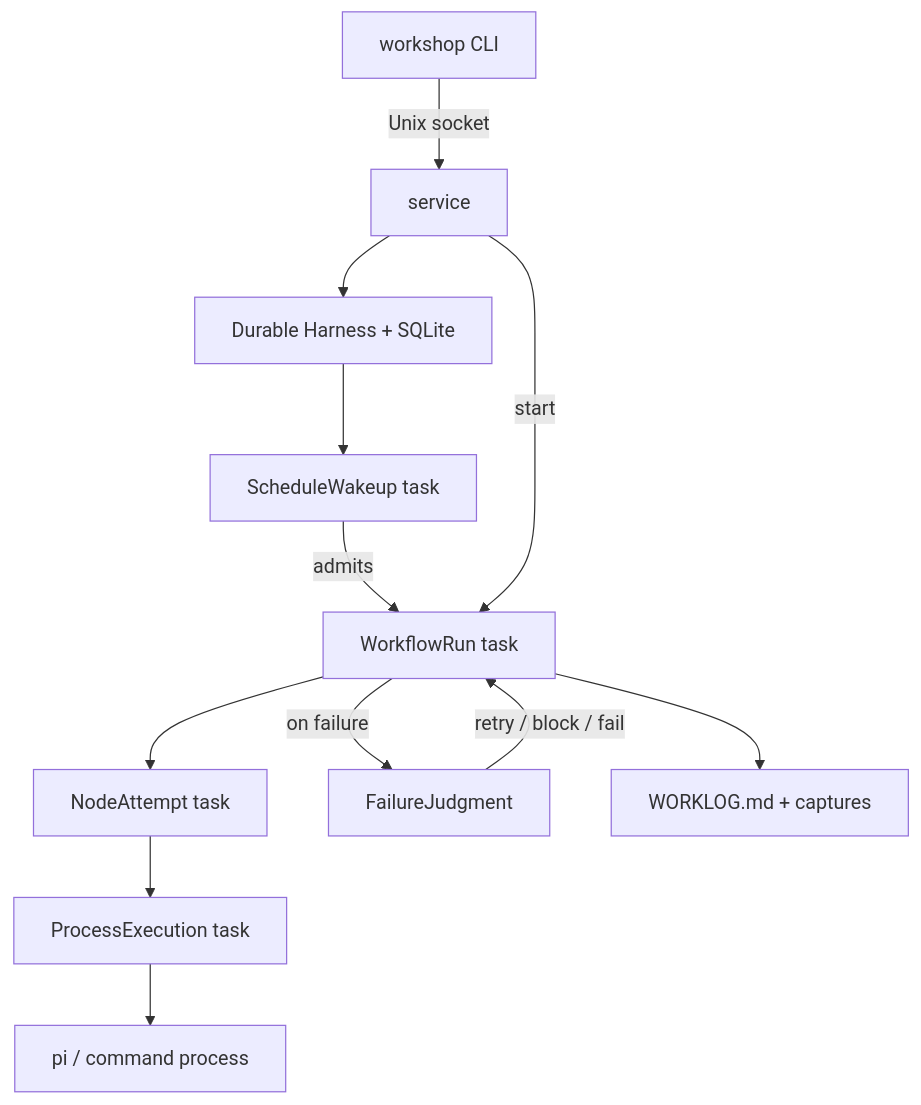
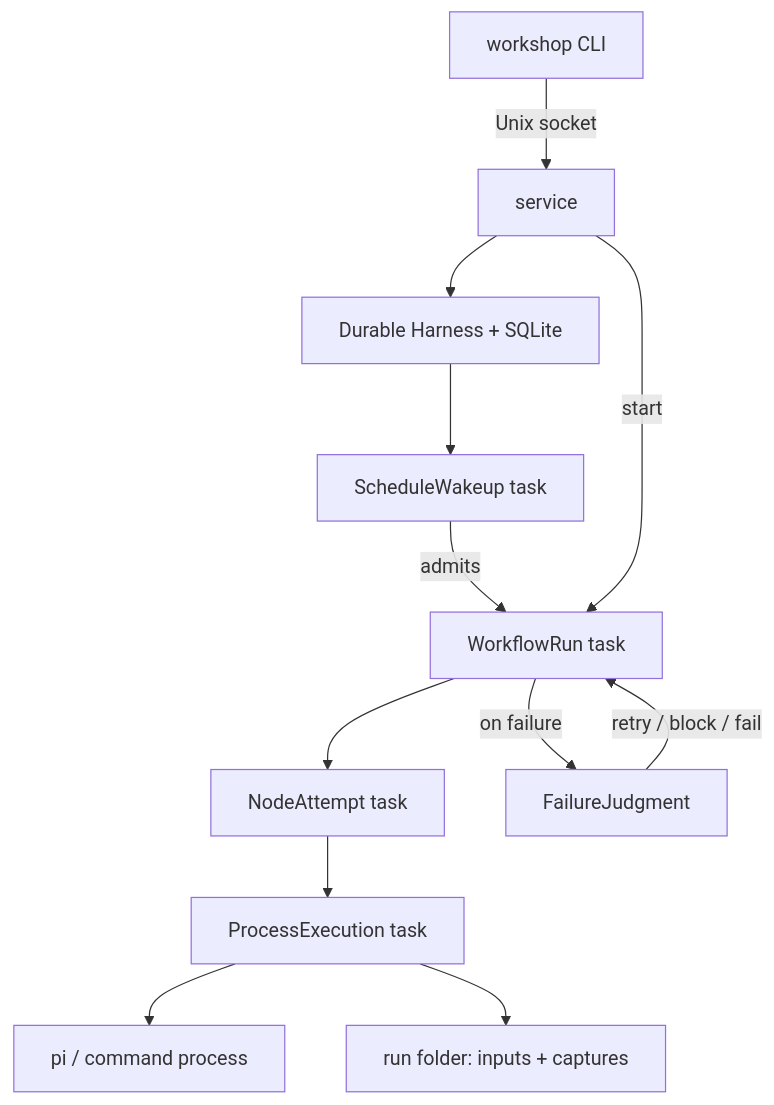
Before and after one commit to kaushikgopal/workshop: the diagram in CONTRIBUTING.md, drawn with Mermaid. The commit also changed other lines of this file and 66 other files, not shown here.

````diff
--- a/CONTRIBUTING.md
+++ b/CONTRIBUTING.md
@@ -111,14 +113,14 @@
 ```mermaid
 flowchart TD
   CLI[workshop CLI] -->|Unix socket| SVC[service]
   SVC --> H[Durable Harness + SQLite]
   H --> SCH[ScheduleWakeup task]
   SCH -->|admits| WR[WorkflowRun task]
   SVC -->|start| WR
   WR --> NA[NodeAttempt task]
   NA --> PE[ProcessExecution task]
   PE --> P[pi / command process]
   WR -->|on failure| FJ[FailureJudgment]
   FJ -->|retry / block / fail| WR
-  WR --> V[WORKLOG.md + captures]
+  PE --> V[run folder: inputs + captures]
 ```
````
